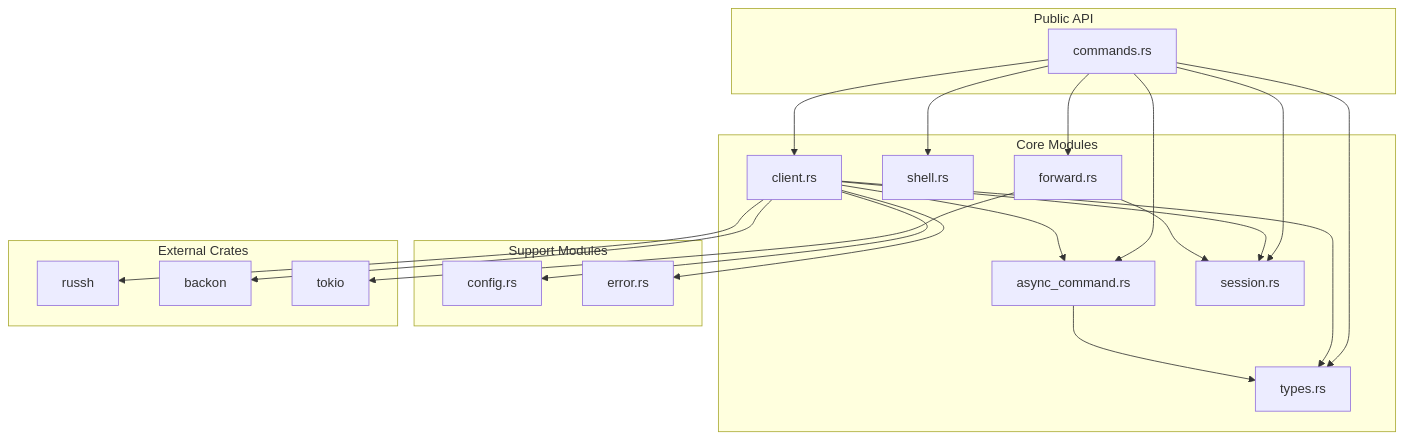
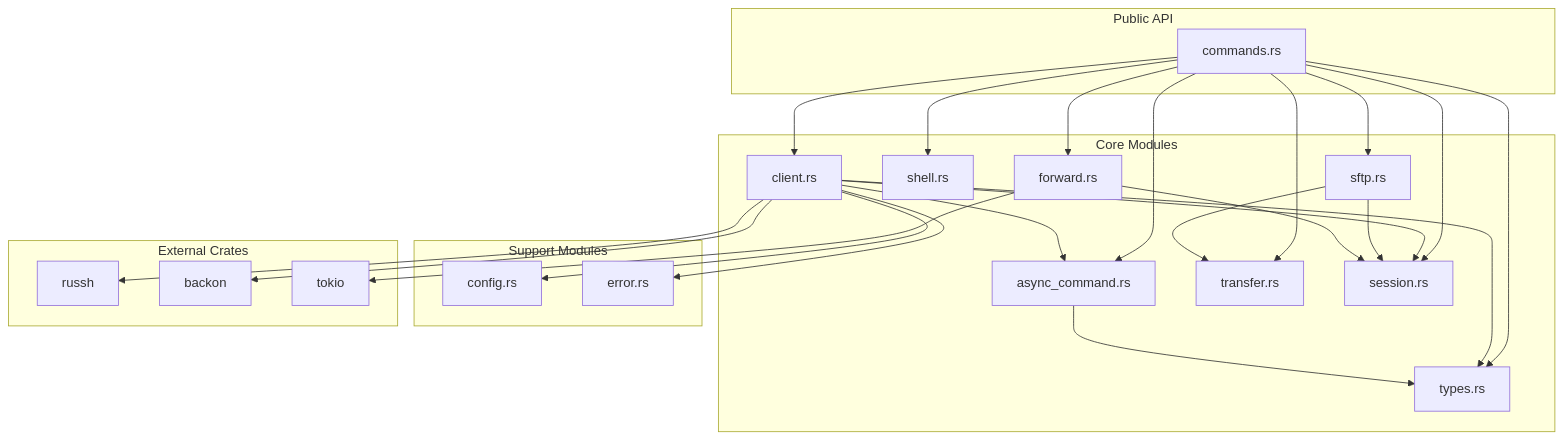
Before and after one commit to farchanjo/ssh-mcp: the first of 2 diagrams in README.md, drawn with Mermaid. The commit also changed other lines of this file and 4 other files, not shown here.

````diff
--- a/README.md
+++ b/README.md
@@ -673,43 +679,49 @@
 ```mermaid
 flowchart TB
     subgraph Public["Public API"]
         Commands["commands.rs"]
     end
 
     subgraph Core["Core Modules"]
         Client["client.rs"]
         AsyncCmd["async_command.rs"]
         Shell["shell.rs"]
         Forward["forward.rs"]
+        SFTP["sftp.rs"]
+        Transfer["transfer.rs"]
         Session["session.rs"]
         Types["types.rs"]
     end
 
     subgraph Support["Support Modules"]
         Config["config.rs"]
         Error["error.rs"]
     end
 
     subgraph External["External Crates"]
         Russh["russh"]
         Backon["backon"]
         Tokio["tokio"]
     end
 
     Commands --> Client
     Commands --> AsyncCmd
     Commands --> Shell
     Commands --> Forward
+    Commands --> SFTP
+    Commands --> Transfer
     Commands --> Session
     Commands --> Types
     Client --> Session
     Client --> AsyncCmd
     Client --> Config
     Client --> Error
     Client --> Types
+    SFTP --> Session
+    SFTP --> Transfer
     AsyncCmd --> Types
     Forward --> Session
     Client --> Russh
     Client --> Backon
     Forward --> Tokio
 ```
````
